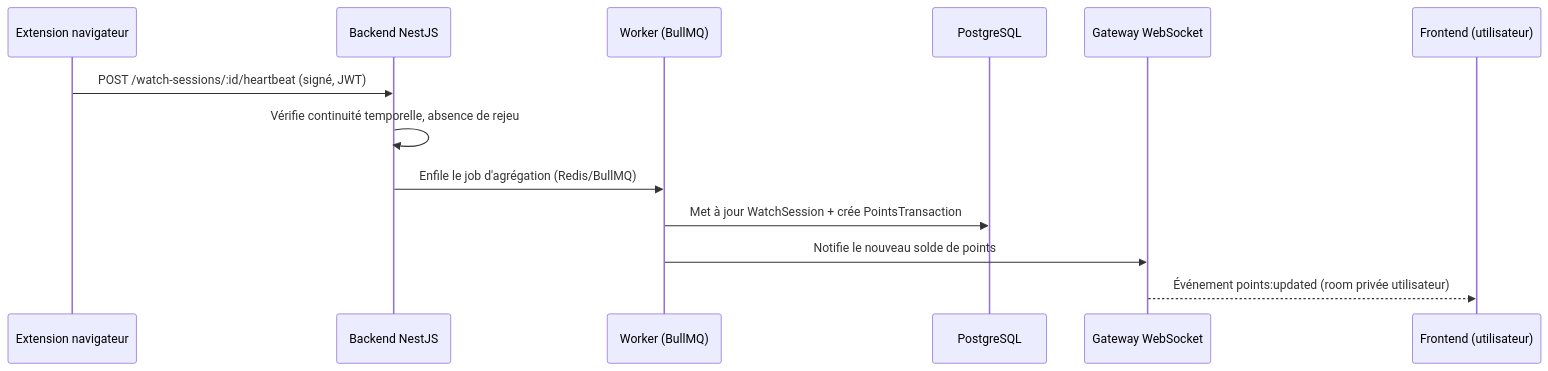
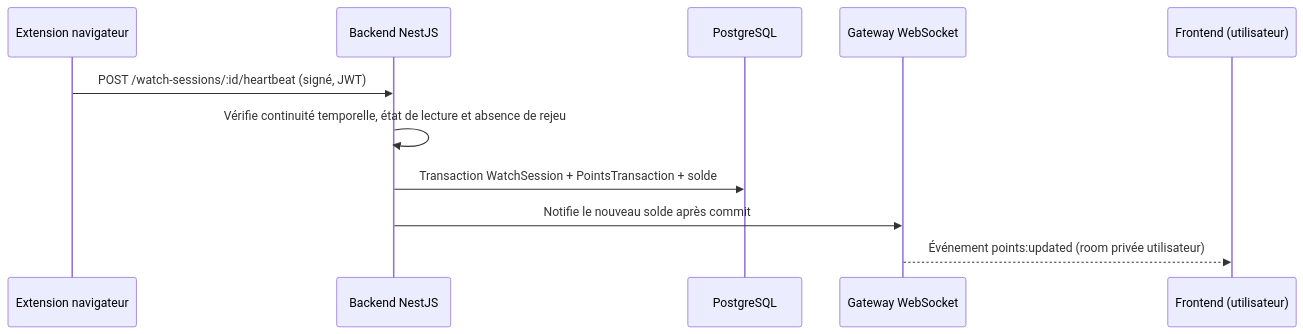
Before and after one commit to Krapaud-Labs/Skkup: the first of 3 diagrams in docs/02-architecture.md, drawn with Mermaid. The commit also changed other lines of this file and 6 other files, not shown here.

````diff
--- a/docs/02-architecture.md
+++ b/docs/02-architecture.md
@@ -107,16 +121,14 @@
 ```mermaid
 sequenceDiagram
     participant Ext as Extension navigateur
     participant API as Backend NestJS
-    participant Worker as Worker (BullMQ)
     participant DB as PostgreSQL
     participant WS as Gateway WebSocket
     participant FE as Frontend (utilisateur)
 
     Ext->>API: POST /watch-sessions/:id/heartbeat (signé, JWT)
-    API->>API: Vérifie continuité temporelle, absence de rejeu
-    API->>Worker: Enfile le job d'agrégation (Redis/BullMQ)
-    Worker->>DB: Met à jour WatchSession + crée PointsTransaction
-    Worker->>WS: Notifie le nouveau solde de points
+    API->>API: Vérifie continuité temporelle, état de lecture et absence de rejeu
+    API->>DB: Transaction WatchSession + PointsTransaction + solde
+    API->>WS: Notifie le nouveau solde après commit
     WS-->>FE: Événement points:updated (room privée utilisateur)
 ```
````
